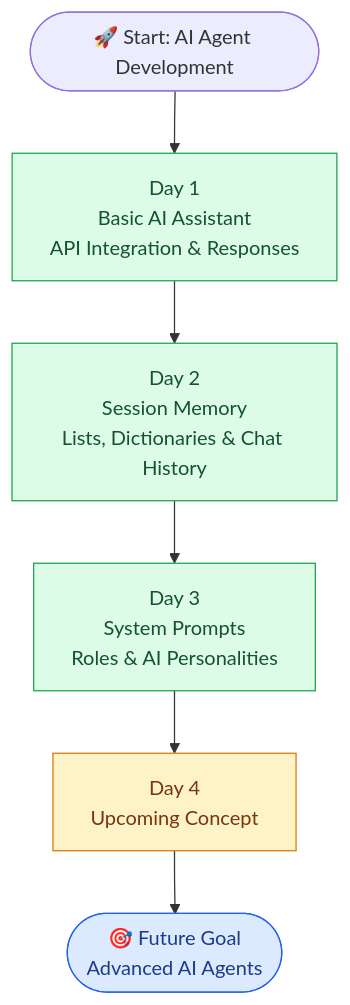
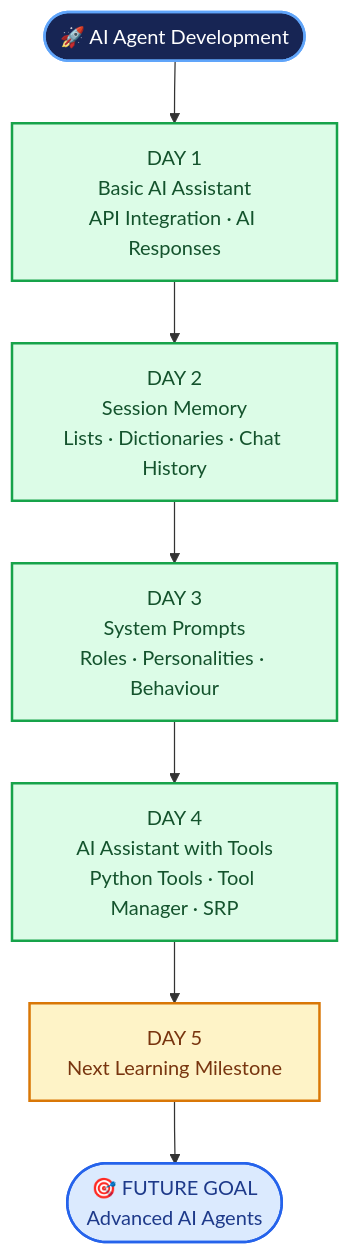
Before and after one commit to mdaamir6870/ai-agent-development: the diagram in README.md, drawn with Mermaid. The commit also changed other lines of this file and 6 other files, not shown here.

````diff
--- a/README.md
+++ b/README.md
@@ -67,28 +83,31 @@
 ```mermaid
 flowchart TD
-    A(["🚀 Start: AI Agent Development"])
+    START(["🚀 AI Agent Development"])
 
-    B["Day 1<br/>Basic AI Assistant<br/>API Integration & Responses"]
-    C["Day 2<br/>Session Memory<br/>Lists, Dictionaries & Chat History"]
-    D["Day 3<br/>System Prompts<br/>Roles & AI Personalities"]
-    E["Day 4<br/>Upcoming Concept"]
-    F(["🎯 Future Goal<br/>Advanced AI Agents"])
+    D1["DAY 1<br/>Basic AI Assistant<br/>API Integration · AI Responses"]
+    D2["DAY 2<br/>Session Memory<br/>Lists · Dictionaries · Chat History"]
+    D3["DAY 3<br/>System Prompts<br/>Roles · Personalities · Behaviour"]
+    D4["DAY 4<br/>AI Assistant with Tools<br/>Python Tools · Tool Manager · SRP"]
+    NEXT["DAY 5<br/>Next Learning Milestone"]
+    GOAL(["🎯 FUTURE GOAL<br/>Advanced AI Agents"])
 
-    A --> B
-    B --> C
-    C --> D
-    D --> E
-    E --> F
+    START --> D1 --> D2 --> D3 --> D4 --> NEXT --> GOAL
 
-    click B "./Day-1/README.md" "Explore Day 1"
-    click C "./Day-2/README.md" "Explore Day 2"
-    click D "./Day-3/README.md" "Explore Day 3"
+    click D1 "./Day-1/README.md" "Explore Day 1"
+    click D2 "./Day-2/README.md" "Explore Day 2"
+    click D3 "./Day-3/README.md" "Explore Day 3"
+    click D4 "./Day-4/README.md" "Explore Day 4"
 
-    classDef completed fill:#dcfce7,stroke:#16a34a,color:#14532d
-    classDef upcoming fill:#fef3c7,stroke:#d97706,color:#78350f
-    classDef future fill:#dbeafe,stroke:#2563eb,color:#1e3a8a
+    classDef start fill:#172554,stroke:#60a5fa,color:#ffffff,stroke-width:2px
+    classDef completed fill:#dcfce7,stroke:#16a34a,color:#14532d,stroke-width:2px
+    classDef upcoming fill:#fef3c7,stroke:#d97706,color:#78350f,stroke-width:2px
+    classDef future fill:#dbeafe,stroke:#2563eb,color:#1e3a8a,stroke-width:2px
 
-    class B,C,D completed
-    class E upcoming
-    class F future
+    class START start
+    class D1,D2,D3,D4 completed
+    class NEXT upcoming
+    class GOAL future
+
+    style START rx:12,ry:12
+    style GOAL rx:12,ry:12
 ```
````
